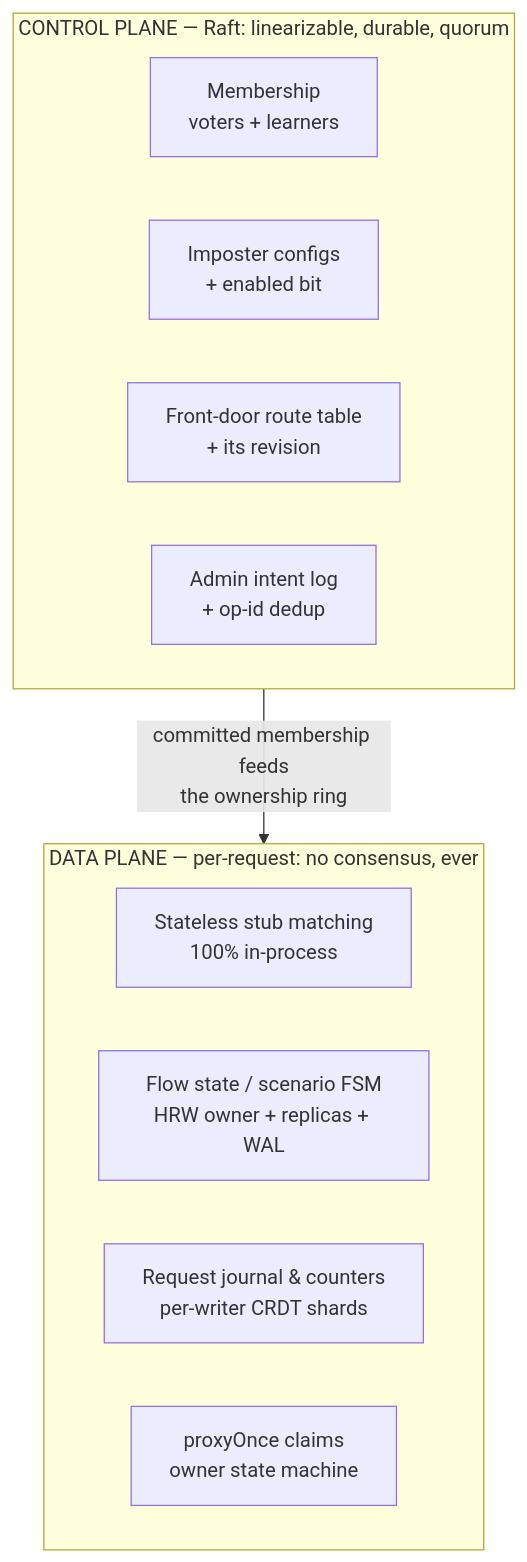
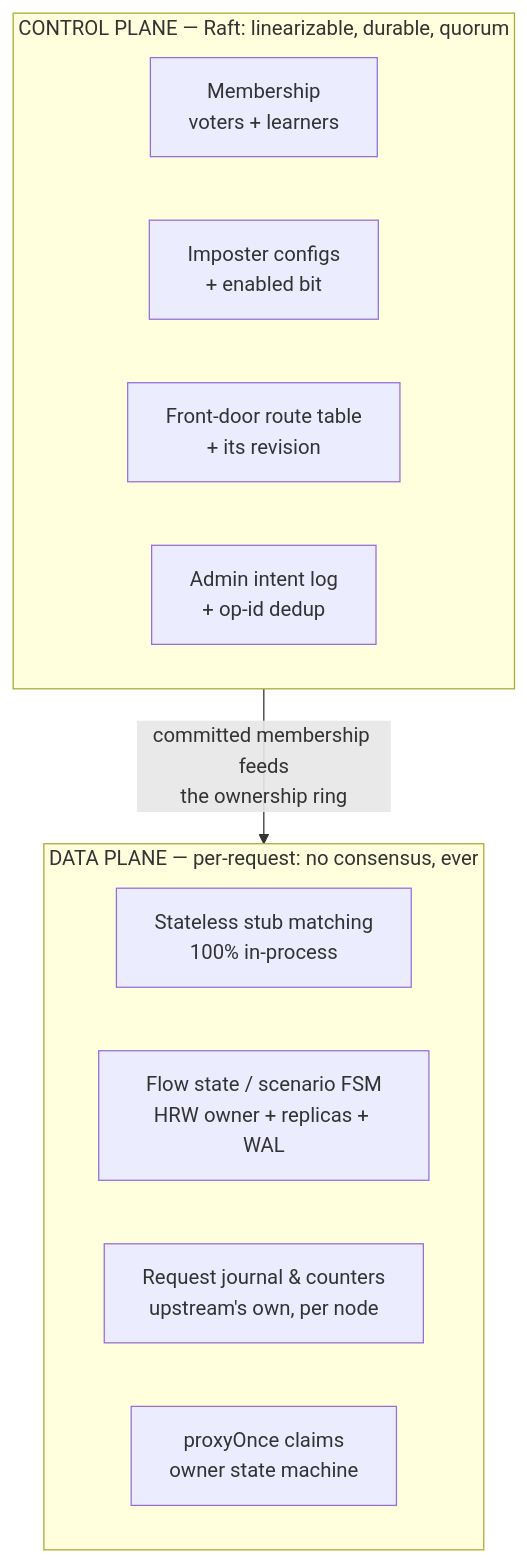
One commit to achird-labs/rift-cluster changed the first of 2 diagrams in docs/architecture/01-overview.md. Above: the diagram before and after it, drawn with Mermaid. The commit also changed other lines of this file and 73 other files, not shown here.

First line of the commit message:
chore(journal): remove the fleet journal merge; requests are per node (D-74) (#568)

````diff
--- a/docs/architecture/01-overview.md
+++ b/docs/architecture/01-overview.md
@@ -78,20 +78,20 @@
 ```mermaid
 flowchart TB
     subgraph CP["CONTROL PLANE — Raft: linearizable, durable, quorum"]
         direction LR
         M[Membership<br/>voters + learners]
         C[Imposter configs<br/>+ enabled bit]
         T[Front-door route table<br/>+ its revision]
         I[Admin intent log<br/>+ op-id dedup]
     end
 
     subgraph DP["DATA PLANE — per-request: no consensus, ever"]
         direction LR
         S[Stateless stub matching<br/>100% in-process]
         F[Flow state / scenario FSM<br/>HRW owner + replicas + WAL]
-        J[Request journal & counters<br/>per-writer CRDT shards]
+        J[Request journal & counters<br/>upstream's own, per node]
         P[proxyOnce claims<br/>owner state machine]
     end
 
     CP -- "committed membership feeds<br/>the ownership ring" --> DP
 ```
````
